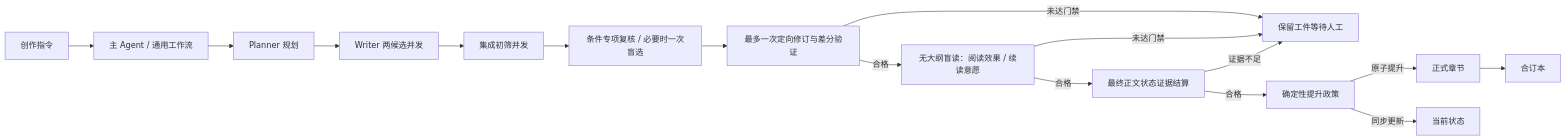
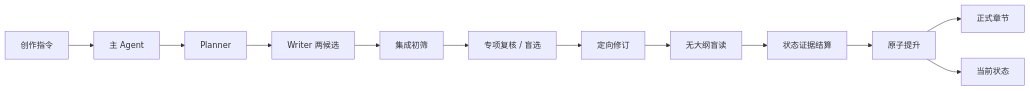
One commit to cyanrbt/novel-prequel changed the diagram in README.md. Above: the diagram before and after it, drawn with Mermaid. The commit also changed other lines of this file, not shown here.

````diff
--- a/README.md
+++ b/README.md
@@ -30,18 +45,14 @@
 ```mermaid
 flowchart LR
-    U[创作指令] --> O[主 Agent / 通用工作流]
-    O --> P[Planner 规划]
-    P --> W[Writer 两候选并发]
-    W --> R[集成初筛并发]
-    R --> B[条件专项复核 / 必要时一次盲选]
-    B --> V[最多一次定向修订与差分验证]
-    V -->|未达门禁| H[保留工件等待人工]
-    V -->|合格| T[无大纲盲读：阅读效果 / 续读意愿]
-    T -->|合格| E[最终正文状态证据结算]
-    T -->|未达门禁| H
-    E -->|证据不足| H
-    E -->|合格| G[确定性提升政策]
-    G -->|原子提升| C[正式章节]
-    G -->|同步更新| S[当前状态]
-    C --> M[合订本]
+    U[创作指令] --> O[主 Agent]
+    O --> P[Planner]
+    P --> W[Writer 两候选]
+    W --> R[集成初筛]
+    R --> B[专项复核 / 盲选]
+    B --> V[定向修订]
+    V --> T[无大纲盲读]
+    T --> E[状态证据结算]
+    E --> G[原子提升]
+    G --> C[正式章节]
+    G --> S[当前状态]
 ```
````
